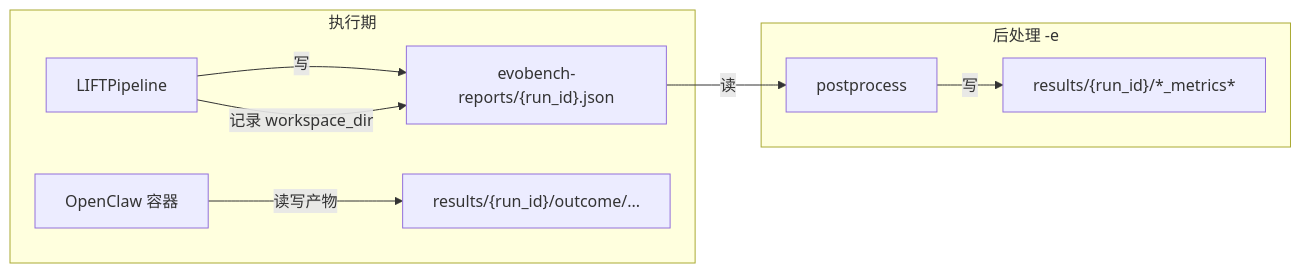
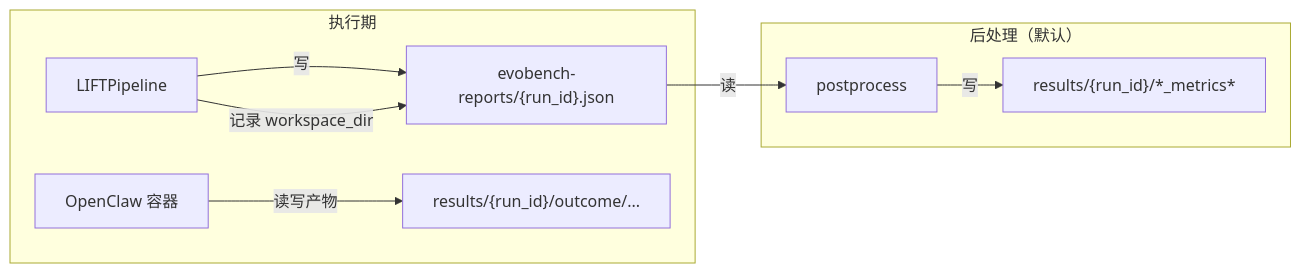
The second of 2 diagrams in docs/lift-framework-guide-cn.md (FeiZhuNiU-INFJA/LIFT), drawn with Mermaid before and after one commit. The commit also changed other lines of this file and 2 other files, not shown here.

````diff
--- a/docs/lift-framework-guide-cn.md
+++ b/docs/lift-framework-guide-cn.md
@@ -419,15 +420,15 @@
 ```mermaid
 flowchart LR
     subgraph exec [执行期]
         Pipe[LIFTPipeline]
         Agent[OpenClaw 容器]
         Pipe -->|写| Report["evobench-reports/{run_id}.json"]
         Agent -->|读写产物| Outcome["results/{run_id}/outcome/..."]
         Pipe -->|记录 workspace_dir| Report
     end
 
-    subgraph post [后处理 -e]
+    subgraph post [后处理（默认）]
         Report -->|读| PP[postprocess]
         PP -->|写| Metrics["results/{run_id}/*_metrics*"]
     end
 ```
````
